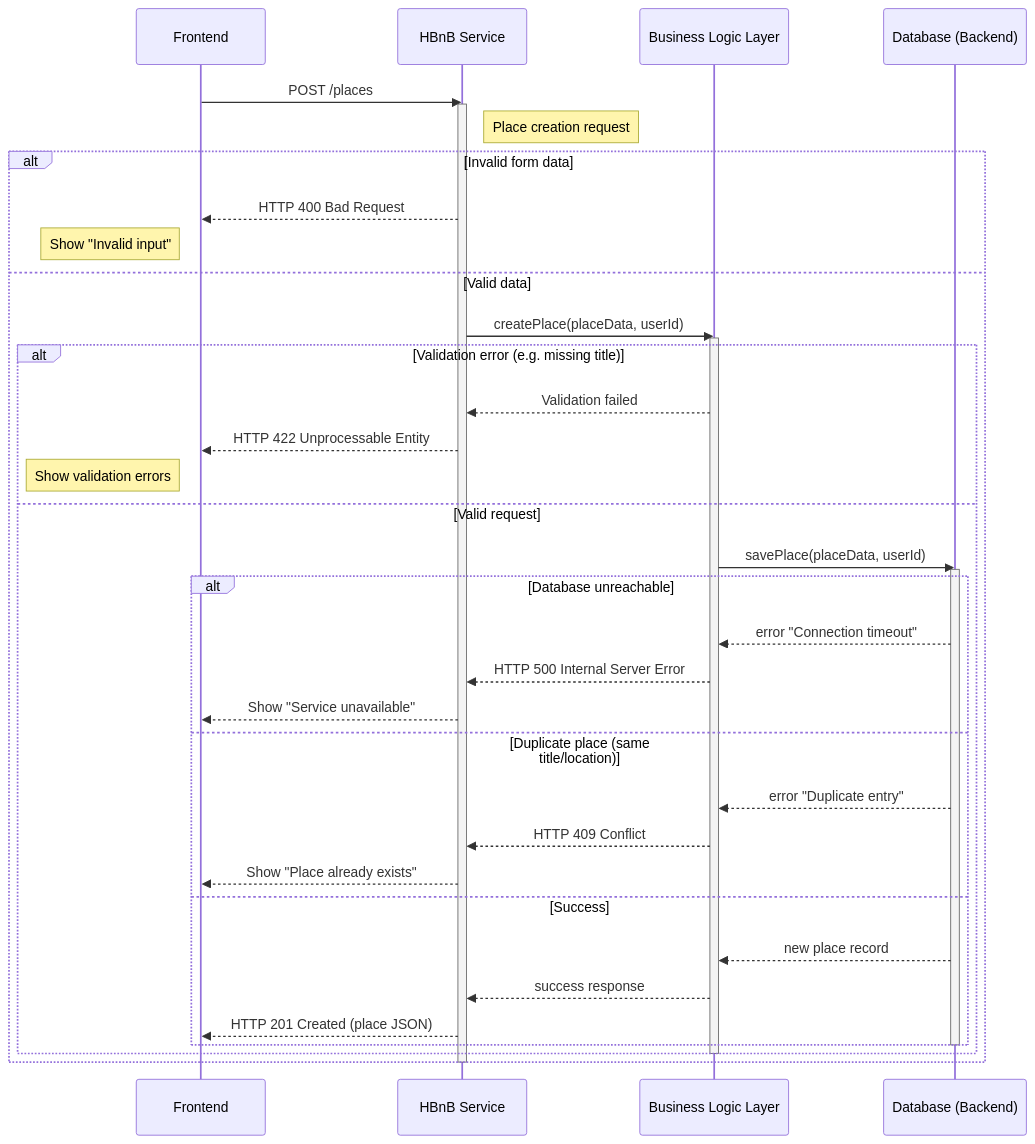
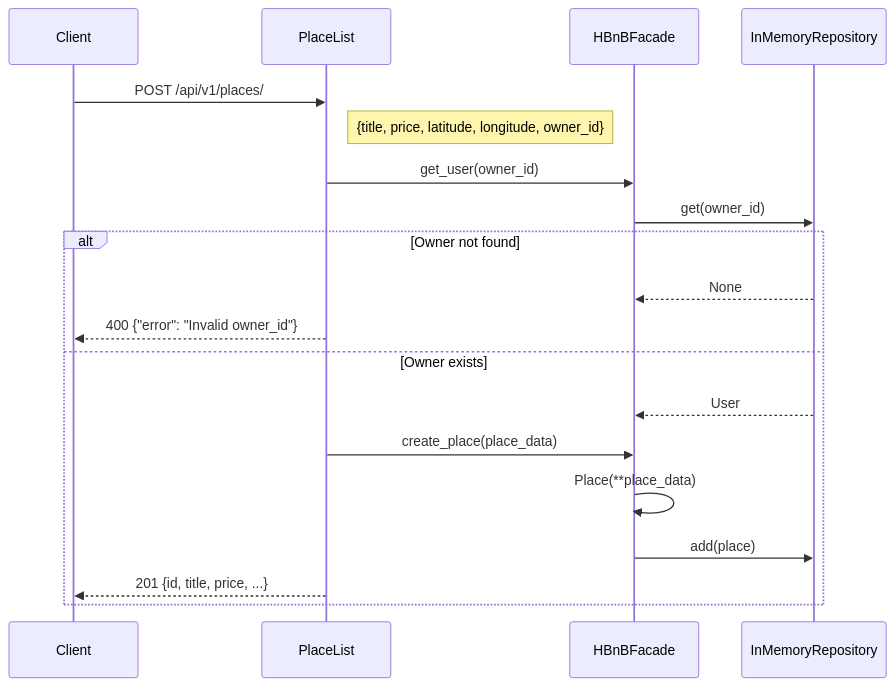
The fourth of 6 diagrams in part1/résume_des_3.md (LEROY-Yanis/holbertonschool-hbnb), drawn with Mermaid before and after one commit. The commit also changed other lines of this file, not shown here.

Commit message:
Refactor technical documentation for HBnB application: enhance structure, clarify sections, and update API interaction details

````diff
--- a/part1/résume_des_3.md
+++ b/part1/résume_des_3.md
@@ -334,47 +292,24 @@
 ```mermaid
 sequenceDiagram
-    participant User as Frontend
-    participant Service as HBnB Service
-    participant Logic as Business Logic Layer
-    participant Storage as Database (Backend)
+    participant Client
+    participant API as PlaceList
+    participant Facade as HBnBFacade
+    participant Repo as InMemoryRepository
 
-    User->>Service: POST /places
-    activate Service
-    Note right of Service: Place creation request
-
-    alt Invalid form data
-        Service-->>User: HTTP 400 Bad Request
-        Note left of User: Show "Invalid input"
-    else Valid data
-        Service->>Logic: createPlace(placeData, userId)
-        activate Logic
-
-        alt Validation error (e.g. missing title)
-            Logic-->>Service: Validation failed
-            Service-->>User: HTTP 422 Unprocessable Entity
-            Note left of User: Show validation errors
-        else Valid request
-            Logic->>Storage: savePlace(placeData, userId)
-            activate Storage
-
-            alt Database unreachable
-                Storage-->>Logic: error "Connection timeout"
-                Logic-->>Service: HTTP 500 Internal Server Error
-                Service-->>User: Show "Service unavailable"
-            else Duplicate place (same title/location)
-                Storage-->>Logic: error "Duplicate entry"
-                Logic-->>Service: HTTP 409 Conflict
-                Service-->>User: Show "Place already exists"
-            else Success
-                Storage-->>Logic: new place record
-                Logic-->>Service: success response
-                Service-->>User: HTTP 201 Created (place JSON)
-            end
-
-            deactivate Storage
-        end
-        deactivate Logic
+    Client->>API: POST /api/v1/places/
+    Note right of API: {title, price, latitude, longitude, owner_id}
+    
+    API->>Facade: get_user(owner_id)
+    Facade->>Repo: get(owner_id)
+    
+    alt Owner not found
+        Repo-->>Facade: None
+        API-->>Client: 400 {"error": "Invalid owner_id"}
+    else Owner exists
+        Repo-->>Facade: User
+        API->>Facade: create_place(place_data)
+        Facade->>Facade: Place(**place_data)
+        Facade->>Repo: add(place)
+        API-->>Client: 201 {id, title, price, ...}
     end
-
-    deactivate Service
 ```
````
